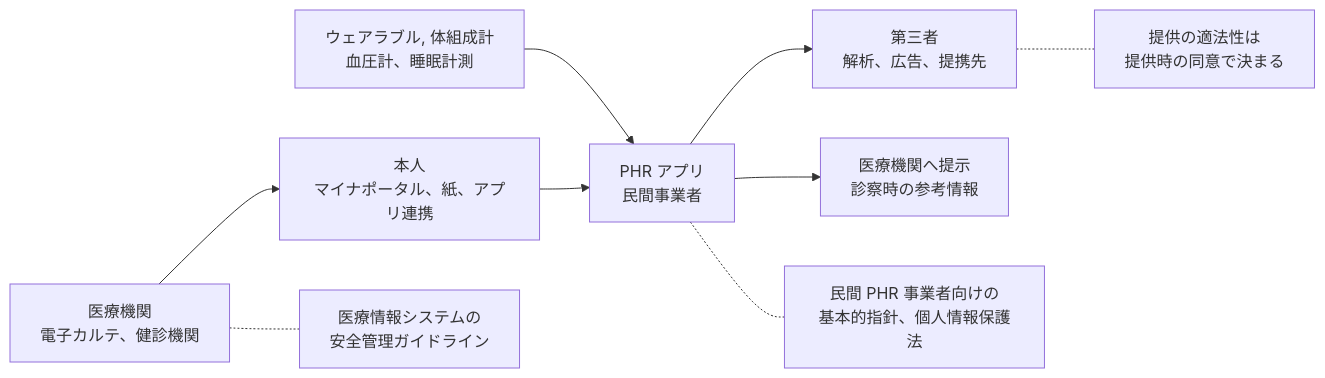
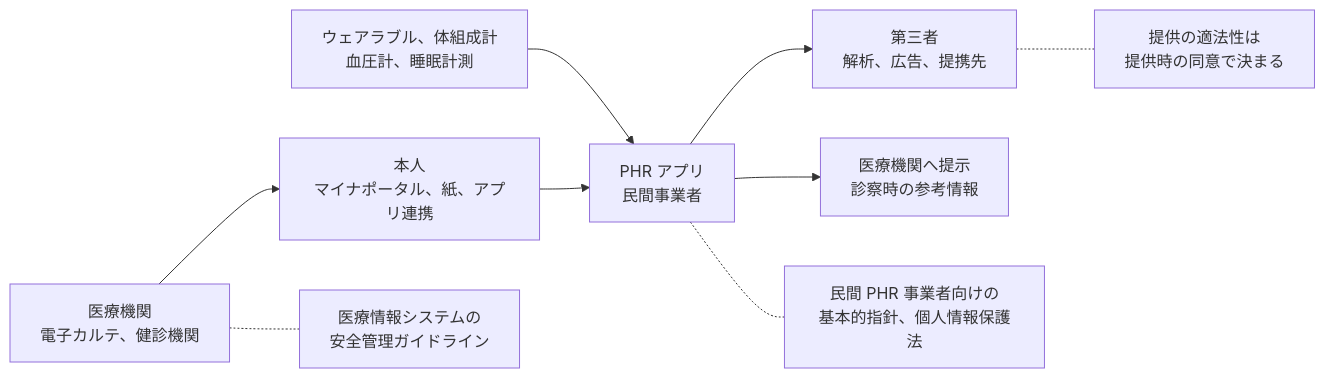
Before and after one commit to scgajge12/awesome-healthcare-security: the diagram in docs/technology/web-security/phr-apps.md, drawn with Mermaid. The commit also changed 40 other files, not shown here.

````diff
--- a/docs/technology/web-security/phr-apps.md
+++ b/docs/technology/web-security/phr-apps.md
@@ -17,12 +17,12 @@
 ```mermaid
 flowchart LR
     H["医療機関<br>電子カルテ、健診機関"] --> M["本人<br>マイナポータル、紙、アプリ連携"]
-    W["ウェアラブル, 体組成計<br>血圧計、睡眠計測"] --> A
+    W["ウェアラブル、体組成計<br>血圧計、睡眠計測"] --> A
     M --> A["PHR アプリ<br>民間事業者"]
     A --> T["第三者<br>解析、広告、提携先"]
     A --> H2["医療機関へ提示<br>診察時の参考情報"]
 
     H -.- F1["医療情報システムの<br>安全管理ガイドライン"]
     A -.- F2["民間 PHR 事業者向けの<br>基本的指針、個人情報保護法"]
     T -.- F3["提供の適法性は<br>提供時の同意で決まる"]
 ```
````
